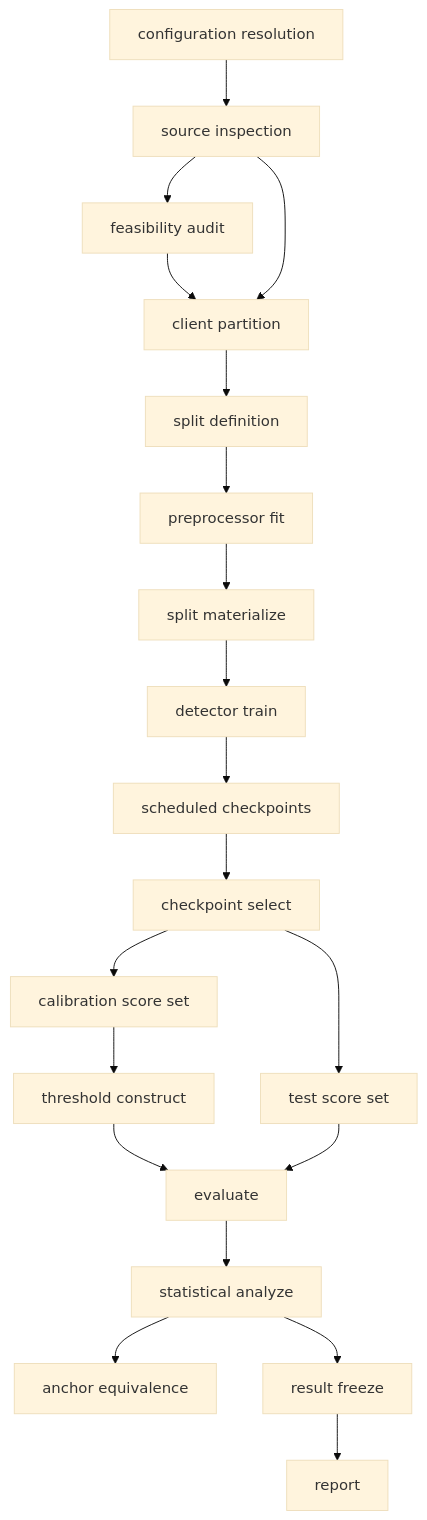
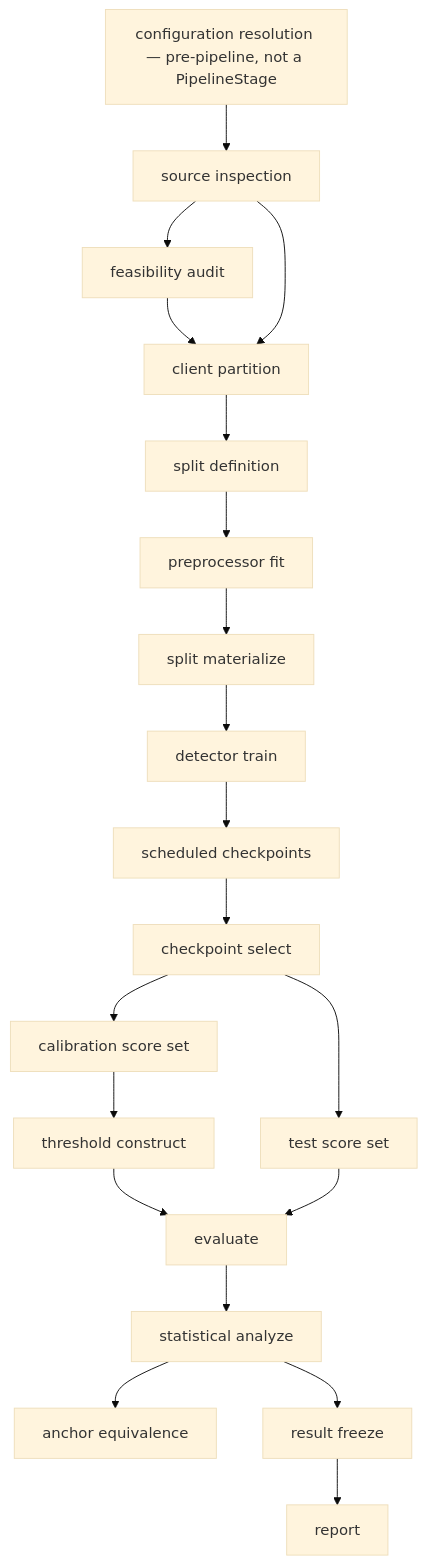
Before and after one commit to naslouby-salahe/datp-core: the second of 2 diagrams in docs/Architecture/PIPELINE_EXECUTION_AND_ARTIFACTS.md, drawn with Mermaid (base theme). The commit also changed other lines of this file and 6 other files, not shown here.

````diff
--- a/docs/Architecture/PIPELINE_EXECUTION_AND_ARTIFACTS.md
+++ b/docs/Architecture/PIPELINE_EXECUTION_AND_ARTIFACTS.md
@@ -440,22 +512,22 @@
 ```mermaid
 graph TD
-    CFG[configuration resolution] --> DS[source inspection]
+    CFG[configuration resolution — pre-pipeline, not a PipelineStage] --> DS[source inspection]
     DS --> FA[feasibility audit]
     FA --> PT[client partition]
     DS --> PT
     PT --> SP[split definition]
     SP --> PF[preprocessor fit]
     PF --> PM[split materialize]
     PM --> TR[detector train]
     TR --> CK[scheduled checkpoints]
     CK --> CS[checkpoint select]
     CS --> CA[calibration score set]
     CS --> TS[test score set]
     CA --> THR[threshold construct]
     THR --> EV[evaluate]
     TS --> EV
     EV --> STAT[statistical analyze]
     STAT --> ANCH[anchor equivalence]
     STAT --> RF[result freeze]
     RF --> REP[report]
 ```
````
